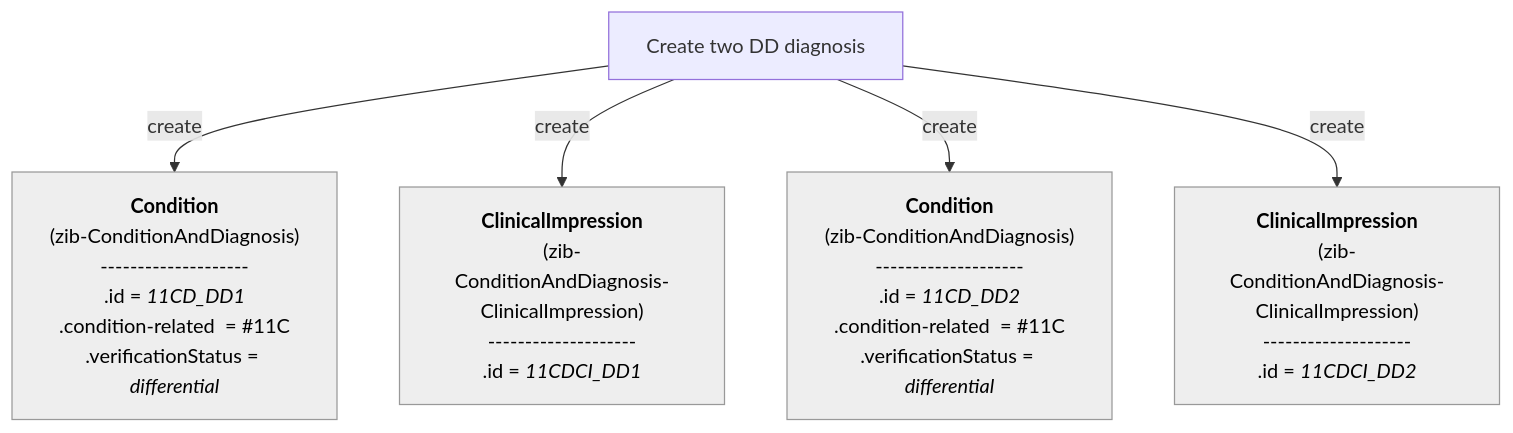
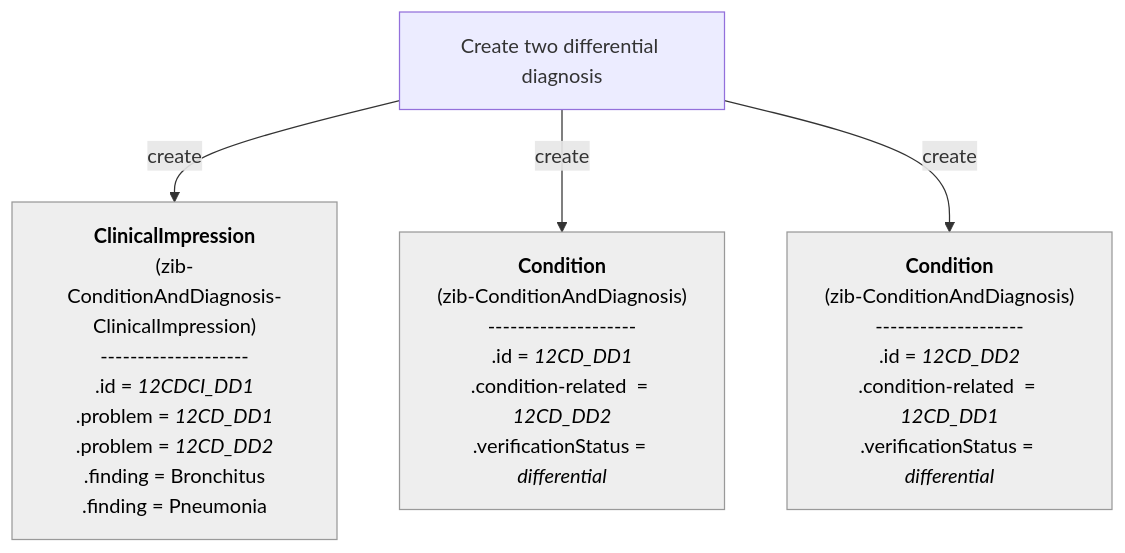
Diagram 14 of 16 in documentation/Condition-Diagnosis-Symptom.md (Nictiz/Nictiz-R4-zib2024), drawn with Mermaid before and after one commit. The commit also changed other lines of this file, not shown here.

````diff
--- a/documentation/Condition-Diagnosis-Symptom.md
+++ b/documentation/Condition-Diagnosis-Symptom.md
@@ -509,45 +498,41 @@
 ```mermaid
 flowchart TB
 
-CreateDiagnosis["`Create two DD diagnosis`"]
+CreateDiagnosis["`Create two differential diagnosis`"]
 
     CD_DD1["`
             **Condition**
             (zib-ConditionAndDiagnosis)
             --------------------
-            .id = _11CD_DD1_
-            .condition-related  = #11C
+            .id = _12CD_DD1_
+            .condition-related  = _12CD_DD2_
             .verificationStatus = _differential_
         `"] 
     CD_DD2["`
             **Condition**
             (zib-ConditionAndDiagnosis)
             --------------------
-            .id = _11CD_DD2_
-            .condition-related  = #11C
+            .id = _12CD_DD2_
+            .condition-related  = _12CD_DD1_
             .verificationStatus = _differential_
         `"] 
     CDCI_DD1["`
         **ClinicalImpression**
         (zib-ConditionAndDiagnosis-ClinicalImpression)
         --------------------
-        .id = _11CDCI_DD1_
+        .id = _12CDCI_DD1_
+        .problem = _12CD_DD1_
+        .problem = _12CD_DD2_
+        .finding = Bronchitus
+        .finding = Pneumonia
         `"] 
-    CDCI_DD2["`
-        **ClinicalImpression**
-        (zib-ConditionAndDiagnosis-ClinicalImpression)
-        --------------------
-        .id = _11CDCI_DD2_
-        `"] 
-   
+
     CD_DD1:::Ash
     CDCI_DD1:::Ash
     CD_DD2:::Ash
-    CDCI_DD2:::Ash
     classDef Ash stroke-width:1px, stroke-dasharray:none, stroke:#999999, fill:#EEEEEE, color:#000000
 
+CreateDiagnosis -- create --> CDCI_DD1
 CreateDiagnosis -- create --> CD_DD1
-CreateDiagnosis -- create --> CDCI_DD1
 CreateDiagnosis -- create --> CD_DD2
-CreateDiagnosis -- create --> CDCI_DD2
 ```
````
